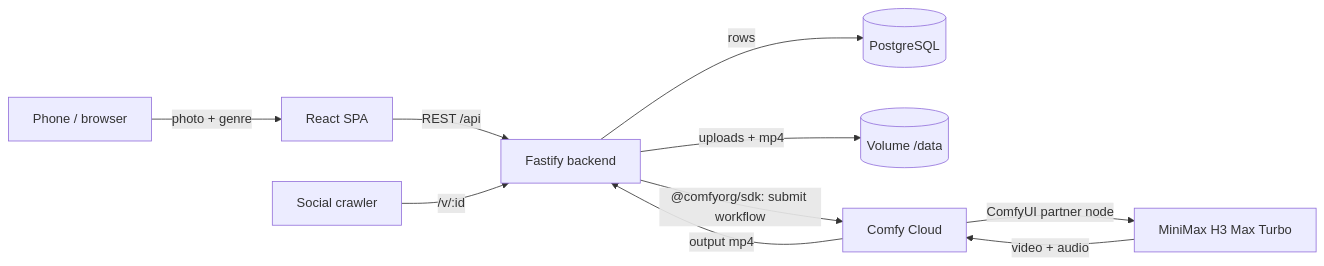
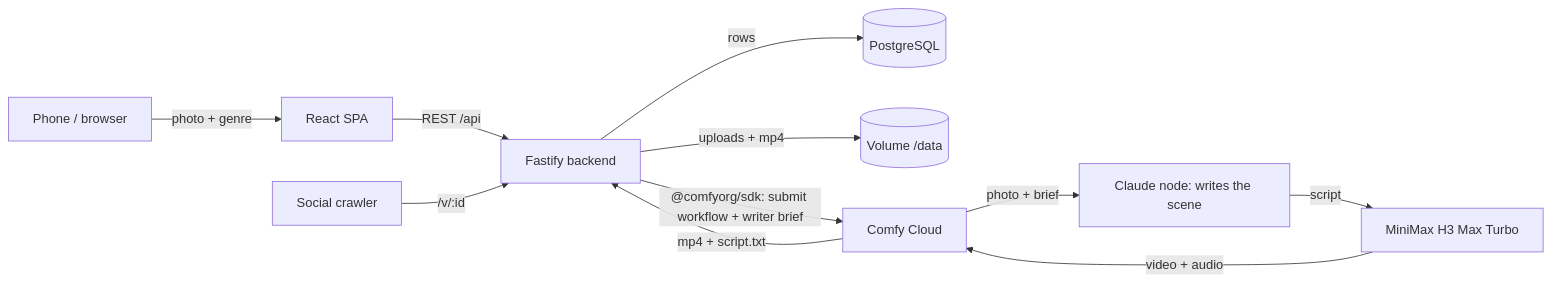
One commit to HideInSky/hypereel changed the diagram in README.md. Above: the diagram before and after it, drawn with Mermaid. The commit also changed other lines of this file and 23 other files, not shown here.

First line of the commit message:
Photo-aware AI script writer: a new joke per clip, 8s setup + punchline

````diff
--- a/README.md
+++ b/README.md
@@ -18,11 +18,12 @@
 ```mermaid
 flowchart LR
   U[Phone / browser] -->|photo + genre| FE[React SPA]
   FE -->|REST /api| BE[Fastify backend]
   BE -->|rows| DB[(PostgreSQL)]
   BE -->|uploads + mp4| ST[(Volume /data)]
-  BE -->|"@comfyorg/sdk: submit workflow"| CC[Comfy Cloud]
-  CC -->|ComfyUI partner node| H3[MiniMax H3 Max Turbo]
-  H3 -->|video + audio| CC -->|output mp4| BE
+  BE -->|"@comfyorg/sdk: submit workflow + writer brief"| CC[Comfy Cloud]
+  CC -->|photo + brief| W[Claude node: writes the scene]
+  W -->|script| H3[MiniMax H3 Max Turbo]
+  H3 -->|video + audio| CC -->|mp4 + script.txt| BE
   S[Social crawler] -->|/v/:id| BE
 ```
````
